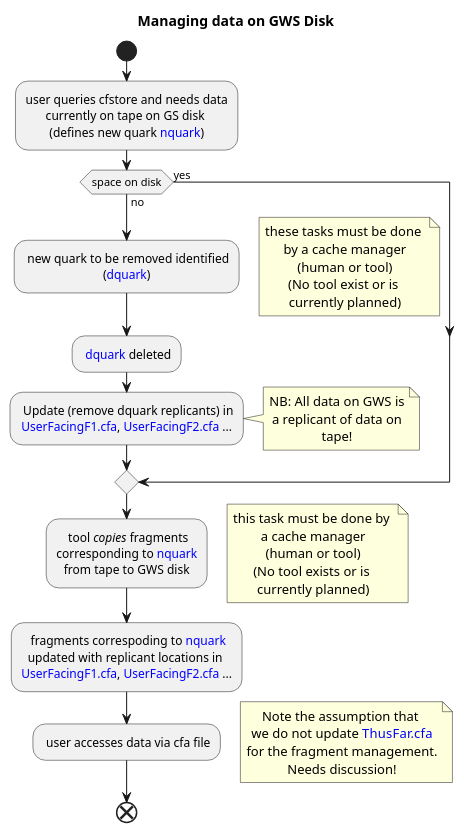
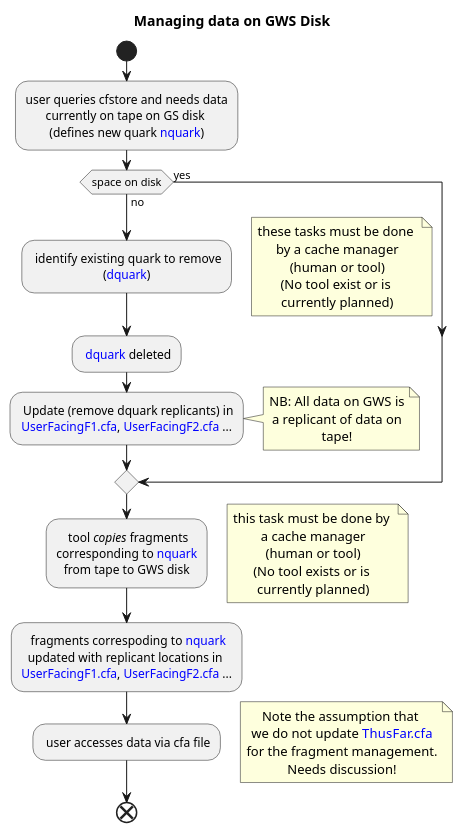
One commit to NCAS-CMS/cfstore changed the second of 2 diagrams in cfstore/docs/source/uml/workflow.pu. Above: the diagram before and after it, drawn with PlantUML. The commit also changed 1 other file, not shown here.

Commit message:
uml clarity

```diff
--- a/cfstore/docs/source/uml/workflow.pu
+++ b/cfstore/docs/source/uml/workflow.pu
@@ -26,50 +26,50 @@
 @startuml
 skinparam DefaultTextAlignment Center
 title Managing data on GWS Disk
 start
 :user queries cfstore and needs data
 currently on tape on GS disk 
 (defines new quark <color:blue>nquark</color>);
 if (space on disk) then (yes) 
 
 else (no)
-: new quark to be removed identified 
+: identify existing quark to remove 
 (<color:blue>dquark</color>);
 floating note right
 these tasks must be done 
 by a cache manager
 (human or tool)
 (No tool exist or is 
 currently planned)
 end note
 : <color:blue>dquark</color> deleted;
 : Update (remove dquark replicants) in
 <color:blue>UserFacingF1.cfa</color>, <color:blue>UserFacingF2.cfa</color> ...;
 note right
 NB: All data on GWS is
 a replicant of data on
 tape!
 end note
 endif 
 : tool <i>copies</i> fragments 
 corresponding to <color:blue>nquark</color>
 from tape to GWS disk;
 floating note right
 this task must be done by 
 a cache manager
 (human or tool)
 (No tool exists or is 
 currently planned)
 end note
 : fragments correspoding to <color:blue>nquark</color> 
 updated with replicant locations in 
 <color:blue>UserFacingF1.cfa</color>, <color:blue>UserFacingF2.cfa</color> ...;
 : user accesses data via cfa file;
 floating note right
 Note the assumption that 
 we do not update <color:blue>ThusFar.cfa</color>
 for the fragment management.
 Needs discussion!
 end note
 end
 @enduml
```
